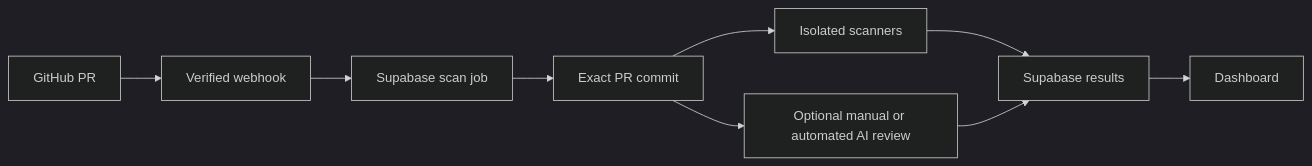
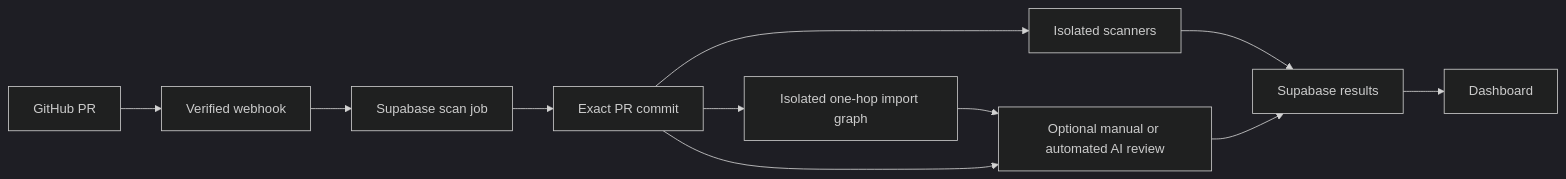
The diagram in README.md (LP-Ishadi/AegisCode-AI-Suite), drawn with Mermaid (dark theme) before and after one commit. The commit also changed other lines of this file and 34 other files, not shown here.

Commit message:
Add bounded code graph context selection with safe fallback for AI reviews

````diff
--- a/README.md
+++ b/README.md
@@ -34,11 +52,13 @@
 ```mermaid
 flowchart LR
     GH[GitHub PR] --> WH[Verified webhook]
     WH --> JOB[Supabase scan job]
     JOB --> SRC[Exact PR commit]
     SRC --> SCAN[Isolated scanners]
+    SRC --> GRAPH[Isolated one-hop import graph]
+    GRAPH --> REVIEW
     SCAN --> DB[Supabase results]
     DB --> UI[Dashboard]
     SRC --> REVIEW[Optional manual or automated AI review]
     REVIEW --> DB
 ```
````
